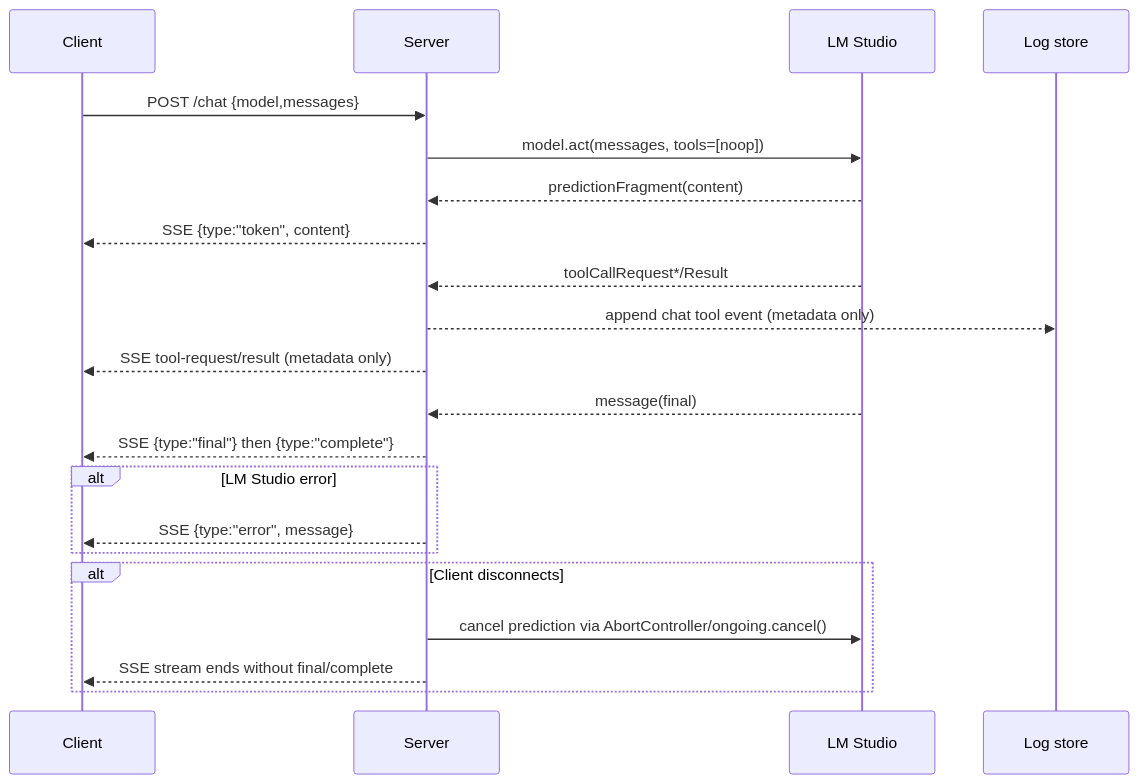
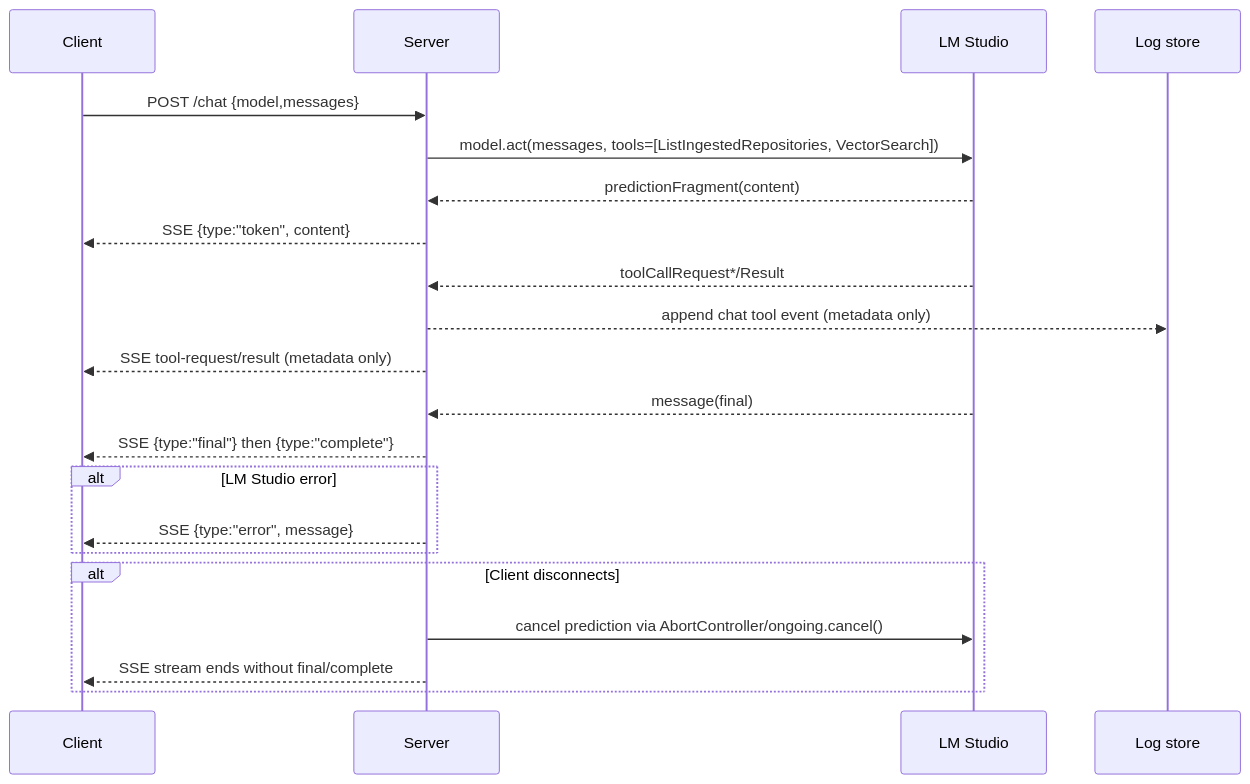
The tenth of 15 diagrams in design.md (Chargeuk/codeInfo2), drawn with Mermaid before and after one commit. The commit also changed other lines of this file and 7 other files, not shown here.

````diff
--- a/design.md
+++ b/design.md
@@ -362,23 +362,23 @@
 ```mermaid
 sequenceDiagram
   participant Client
   participant Server
   participant LM as LM Studio
   participant Logs as Log store
   Client->>Server: POST /chat {model,messages}
-  Server->>LM: model.act(messages, tools=[noop])
+  Server->>LM: model.act(messages, tools=[ListIngestedRepositories, VectorSearch])
   LM-->>Server: predictionFragment(content)
   Server-->>Client: SSE {type:"token", content}
   LM-->>Server: toolCallRequest*/Result
   Server-->>Logs: append chat tool event (metadata only)
   Server-->>Client: SSE tool-request/result (metadata only)
   LM-->>Server: message(final)
   Server-->>Client: SSE {type:"final"} then {type:"complete"}
   alt LM Studio error
     Server-->>Client: SSE {type:"error", message}
   end
     alt Client disconnects
       Server->>LM: cancel prediction via AbortController/ongoing.cancel()
       Server-->>Client: SSE stream ends without final/complete
     end
 ```
````
